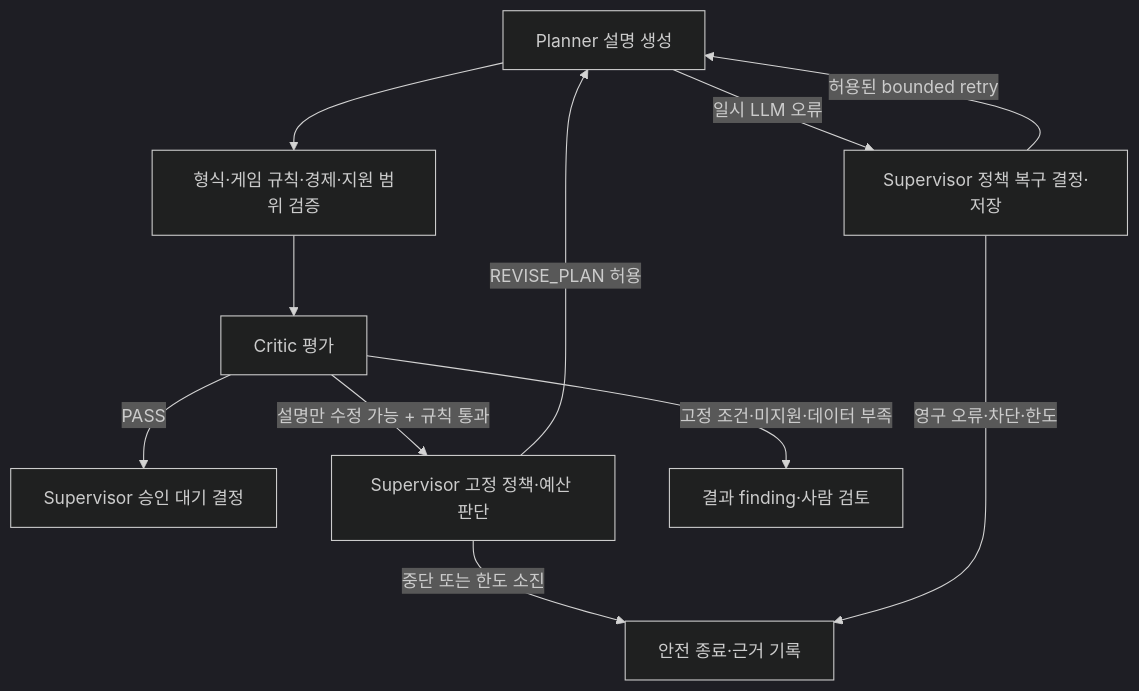
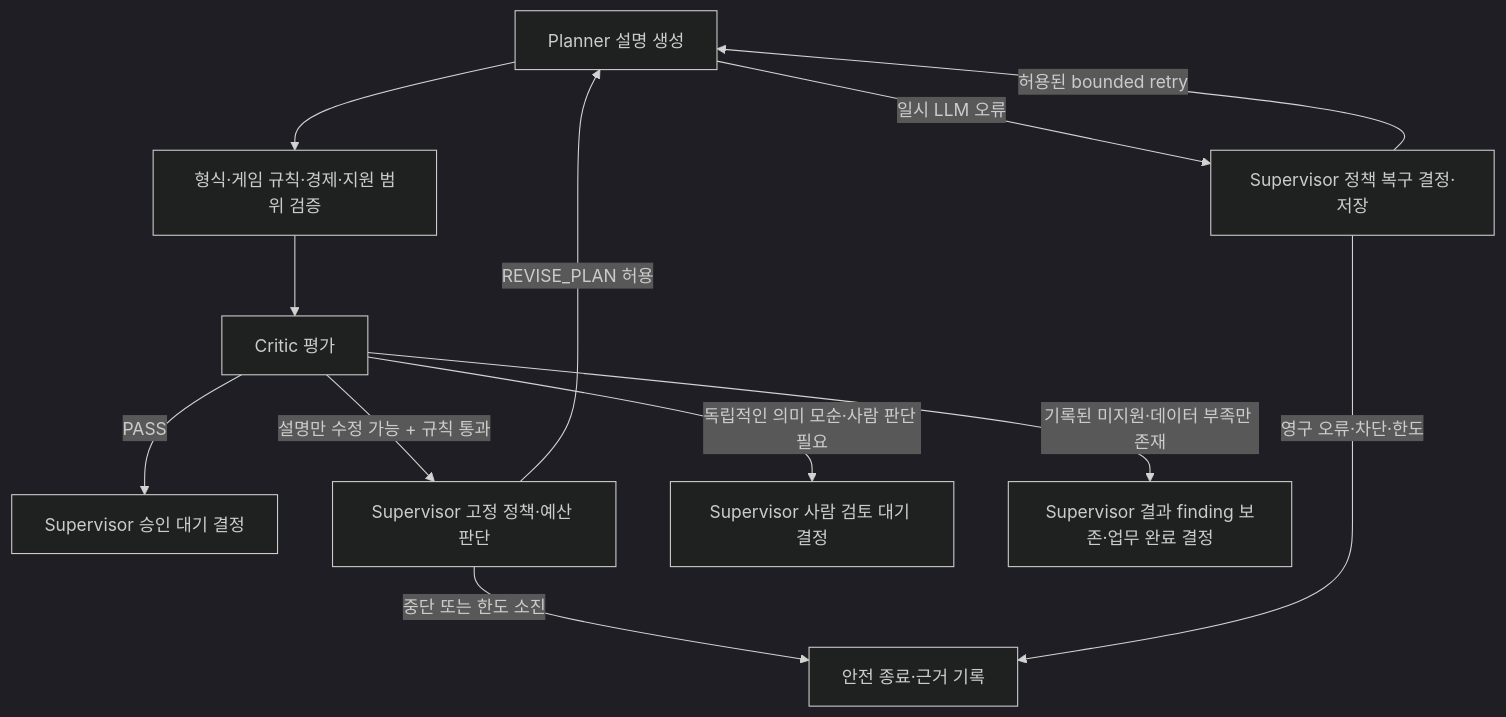
Before and after one commit to encore-ai-campus/aio-01-p3-team2: the diagram in docs/ik/기획안설계/02_멀티에이전트_Workflow_설계.md, drawn with Mermaid (dark theme). The commit also changed other lines of this file and 33 other files, not shown here.

````diff
--- a/docs/ik/기획안설계/02_멀티에이전트_Workflow_설계.md
+++ b/docs/ik/기획안설계/02_멀티에이전트_Workflow_설계.md
@@ -7,13 +7,14 @@
 ```mermaid
 flowchart TD
     P[Planner 설명 생성] --> V[형식·게임 규칙·경제·지원 범위 검증]
     V --> C[Critic 평가]
     C -->|PASS| A[Supervisor 승인 대기 결정]
     C -->|설명만 수정 가능 + 규칙 통과| S[Supervisor 고정 정책·예산 판단]
     S -->|REVISE_PLAN 허용| P
     S -->|중단 또는 한도 소진| X[안전 종료·근거 기록]
-    C -->|고정 조건·미지원·데이터 부족| H[결과 finding·사람 검토]
+    C -->|독립적인 의미 모순·사람 판단 필요| H[Supervisor 사람 검토 대기 결정]
+    C -->|기록된 미지원·데이터 부족만 존재| D[Supervisor 결과 finding 보존·업무 완료 결정]
     P -->|일시 LLM 오류| R[Supervisor 정책 복구 결정·저장]
     R -->|허용된 bounded retry| P
     R -->|영구 오류·차단·한도| X
 ```
````
